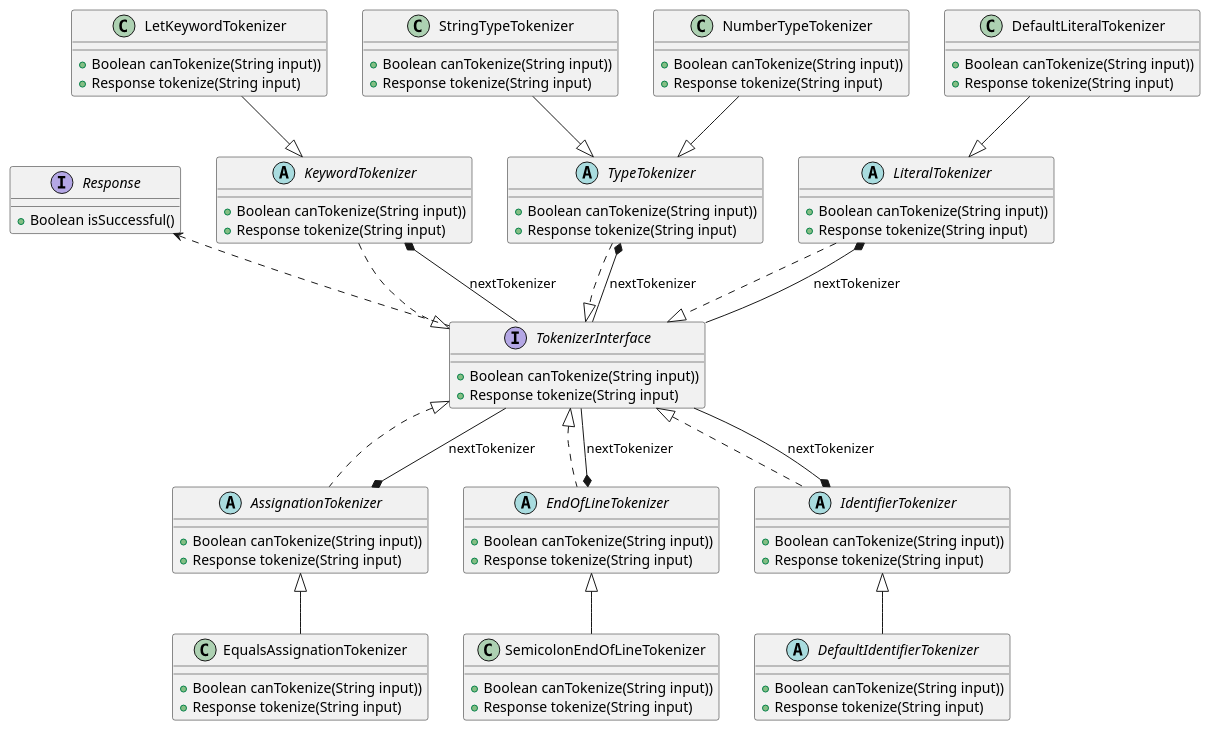
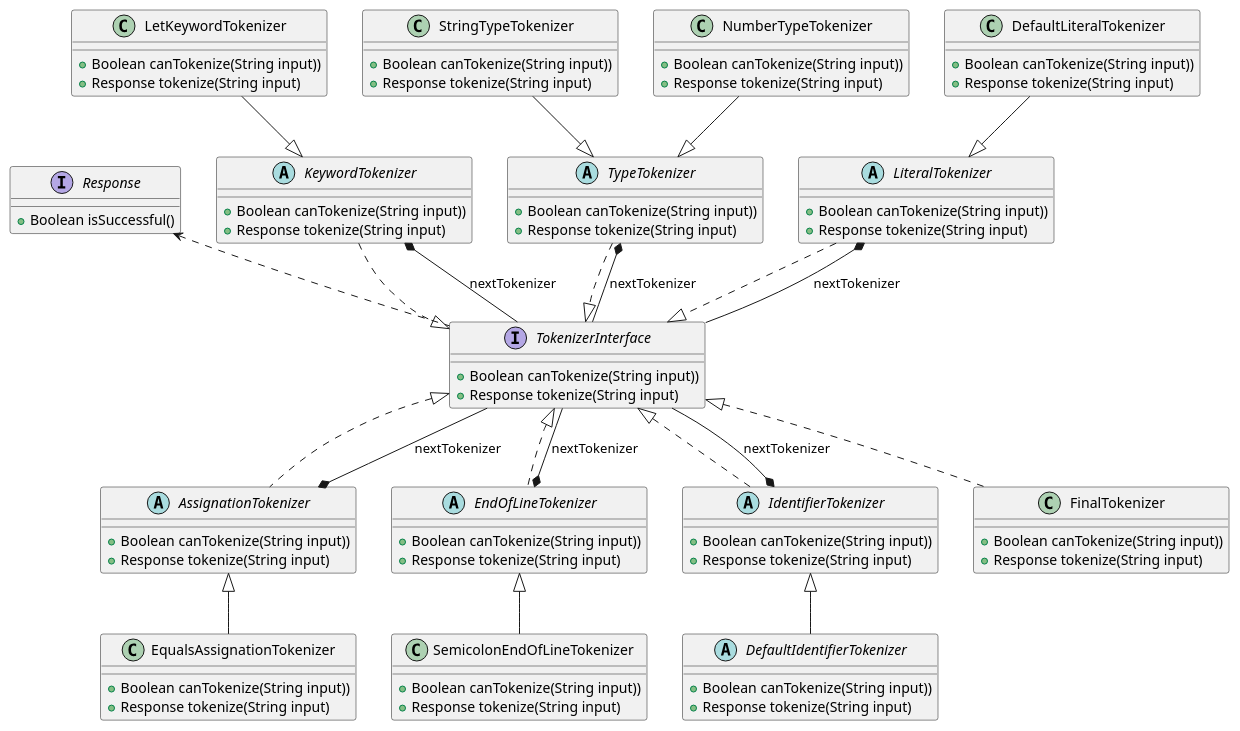
One commit to IngsisPrintScript/PrintScript changed the diagram in src/main/java/analyzers/lexic/tokenizers/TokenizerDiagram.puml. Above: the diagram before and after it, drawn with PlantUML.

Commit message:
Added the FinalTokenizer to the diagram

```diff
--- a/src/main/java/analyzers/lexic/tokenizers/TokenizerDiagram.puml
+++ b/src/main/java/analyzers/lexic/tokenizers/TokenizerDiagram.puml
@@ -1,95 +1,100 @@
 @startuml
 'https://plantuml.com/class-diagram
 
 interface Response{
     + Boolean isSuccessful()
 }
 
 interface TokenizerInterface{
     + Boolean canTokenize(String input))
     + Response tokenize(String input)
 }
 
 abstract class AssignationTokenizer{
     + Boolean canTokenize(String input))
     + Response tokenize(String input)
 }
 class EqualsAssignationTokenizer{
     + Boolean canTokenize(String input))
     + Response tokenize(String input)
 }
 
 abstract class EndOfLineTokenizer{
     + Boolean canTokenize(String input))
     + Response tokenize(String input)
 }
 class SemicolonEndOfLineTokenizer{
     + Boolean canTokenize(String input))
     + Response tokenize(String input)
 }
 
 abstract class IdentifierTokenizer{
     + Boolean canTokenize(String input))
     + Response tokenize(String input)
 }
 abstract class DefaultIdentifierTokenizer{
     + Boolean canTokenize(String input))
     + Response tokenize(String input)
 }
 
 abstract class KeywordTokenizer{
     + Boolean canTokenize(String input))
     + Response tokenize(String input)
 }
 class LetKeywordTokenizer{
     + Boolean canTokenize(String input))
     + Response tokenize(String input)
 }
 
 abstract class TypeTokenizer{
     + Boolean canTokenize(String input))
     + Response tokenize(String input)
 }
 class StringTypeTokenizer{
     + Boolean canTokenize(String input))
     + Response tokenize(String input)
 }
 class NumberTypeTokenizer{
     + Boolean canTokenize(String input))
     + Response tokenize(String input)
 }
 
 abstract class LiteralTokenizer{
     + Boolean canTokenize(String input))
     + Response tokenize(String input)
 }
 class DefaultLiteralTokenizer{
     + Boolean canTokenize(String input))
     + Response tokenize(String input)
 }
 
+class FinalTokenizer{
+    + Boolean canTokenize(String input))
+    + Response tokenize(String input)
+}
 
 Response <.. TokenizerInterface
 
 TokenizerInterface <|.. AssignationTokenizer
 TokenizerInterface <|.. EndOfLineTokenizer
 TokenizerInterface <|.. IdentifierTokenizer
+TokenizerInterface <|.. FinalTokenizer
 KeywordTokenizer ..|> TokenizerInterface
 TypeTokenizer ..|> TokenizerInterface
 LiteralTokenizer ..|> TokenizerInterface
 
 AssignationTokenizer *-- TokenizerInterface: nextTokenizer
 EndOfLineTokenizer *-- TokenizerInterface: nextTokenizer
 IdentifierTokenizer *-- TokenizerInterface: nextTokenizer
 KeywordTokenizer *-- TokenizerInterface: nextTokenizer
 TypeTokenizer *-- TokenizerInterface: nextTokenizer
 LiteralTokenizer *-- TokenizerInterface: nextTokenizer
 
 AssignationTokenizer <|-- EqualsAssignationTokenizer
 EndOfLineTokenizer <|-- SemicolonEndOfLineTokenizer
 IdentifierTokenizer <|-- DefaultIdentifierTokenizer
 LetKeywordTokenizer --|> KeywordTokenizer
 DefaultLiteralTokenizer --|> LiteralTokenizer
 StringTypeTokenizer --|> TypeTokenizer
 NumberTypeTokenizer --|> TypeTokenizer
 @enduml
```
